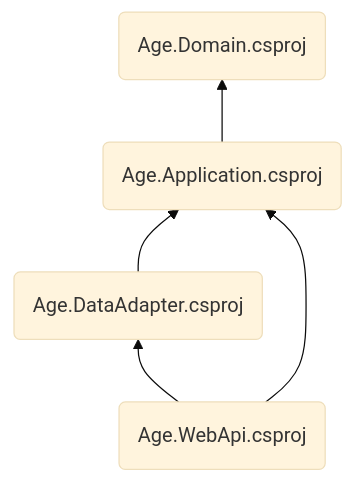
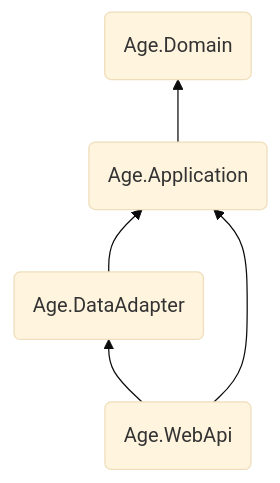
Before and after one commit to Hibex-Solutions/TheCleanArch: the diagram in docs/articles/getting-started/create-solution-structure.md, drawn with Mermaid (base theme). The commit also changed other lines of this file and 11 other files, not shown here.

````diff
--- a/docs/articles/getting-started/create-solution-structure.md
+++ b/docs/articles/getting-started/create-solution-structure.md
@@ -96,14 +96,14 @@
 ```mermaid
 flowchart BT
 
-Application(Age.Application.csproj)
-Domain(Age.Domain.csproj)
-DataAdapter(Age.DataAdapter.csproj)
-WebApi(Age.WebApi.csproj)
+Application(Age.Application)
+Domain(Age.Domain)
+DataAdapter(Age.DataAdapter)
+WebApi(Age.WebApi)
 
 
 Application --> Domain
 DataAdapter --> Application
 WebApi --> Application
 WebApi --> DataAdapter
 ```
````
